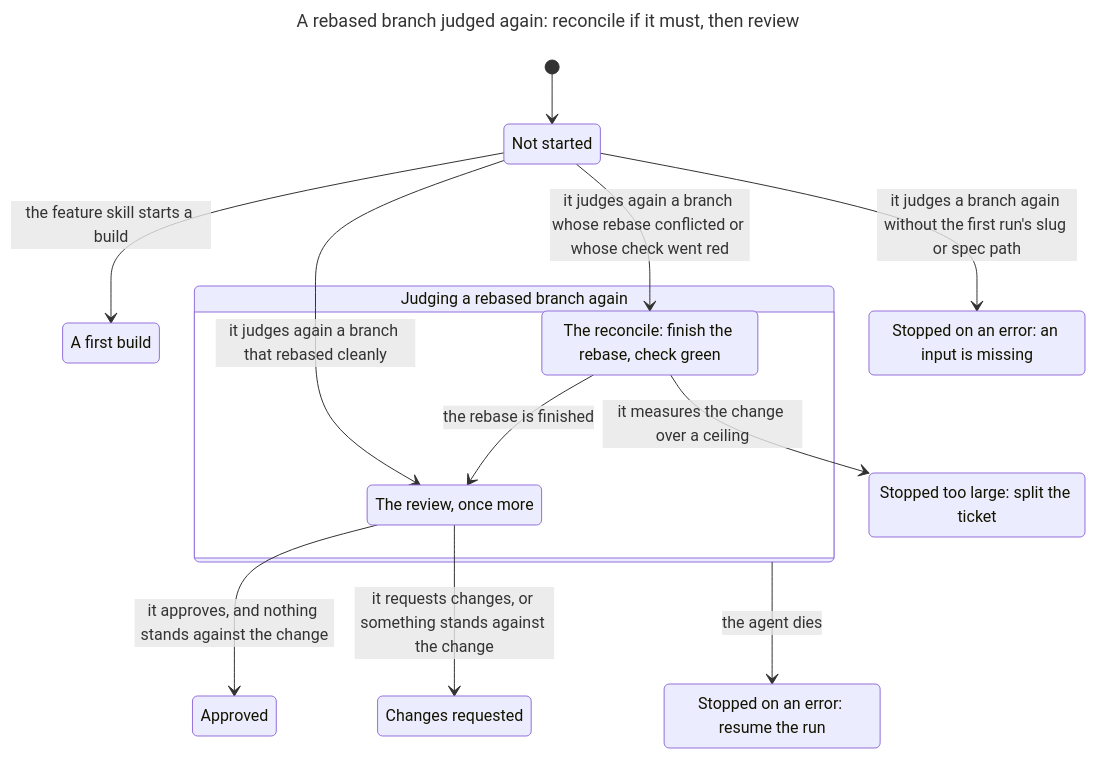
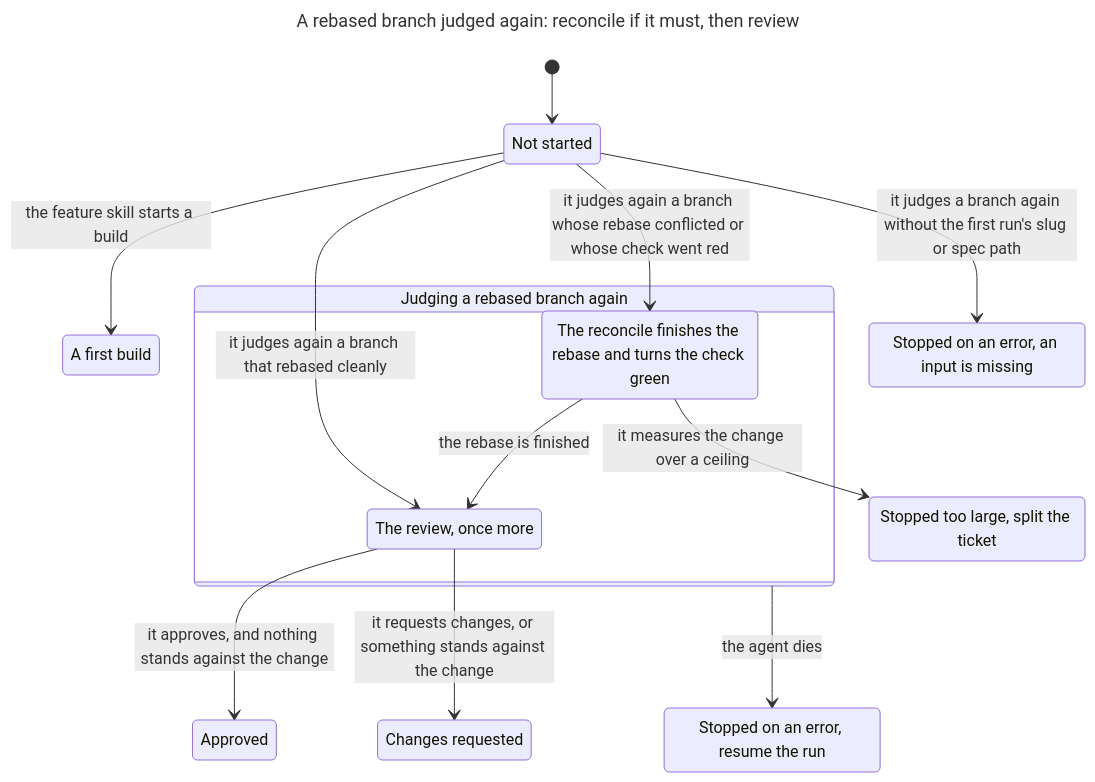
The third of 4 diagrams in docs/model/pipeline.md (Simon-GitHub-Code/ratchet), drawn with Mermaid before and after one commit. The commit also changed other lines of this file, not shown here.

````diff
--- a/docs/model/pipeline.md
+++ b/docs/model/pipeline.md
@@ -209,27 +229,27 @@
 ```mermaid
 ---
 title: "A rebased branch judged again: reconcile if it must, then review"
 ---
 stateDiagram-v2
   s0: Not started
   s1: A first build
   state "Judging a rebased branch again" as s2 {
     s3: The review, once more
-    s4: The reconcile: finish the rebase, check green
+    s4: The reconcile finishes the rebase and turns the check green
   }
-  s5: Stopped on an error: an input is missing
-  s6: Stopped on an error: resume the run
-  s7: Stopped too large: split the ticket
+  s5: Stopped on an error, an input is missing
+  s6: Stopped on an error, resume the run
+  s7: Stopped too large, split the ticket
   s8: Approved
   s9: Changes requested
   [*] --> s0
   s0 --> s1: the feature skill starts a build
   s0 --> s3: it judges again a branch that rebased cleanly
   s0 --> s4: it judges again a branch whose rebase conflicted or whose check went red
   s0 --> s5: it judges a branch again without the first run's slug or spec path
   s3 --> s8: it approves, and nothing stands against the change
   s3 --> s9: it requests changes, or something stands against the change
   s4 --> s3: the rebase is finished
   s4 --> s7: it measures the change over a ceiling
   s2 --> s6: the agent dies
 ```
````
